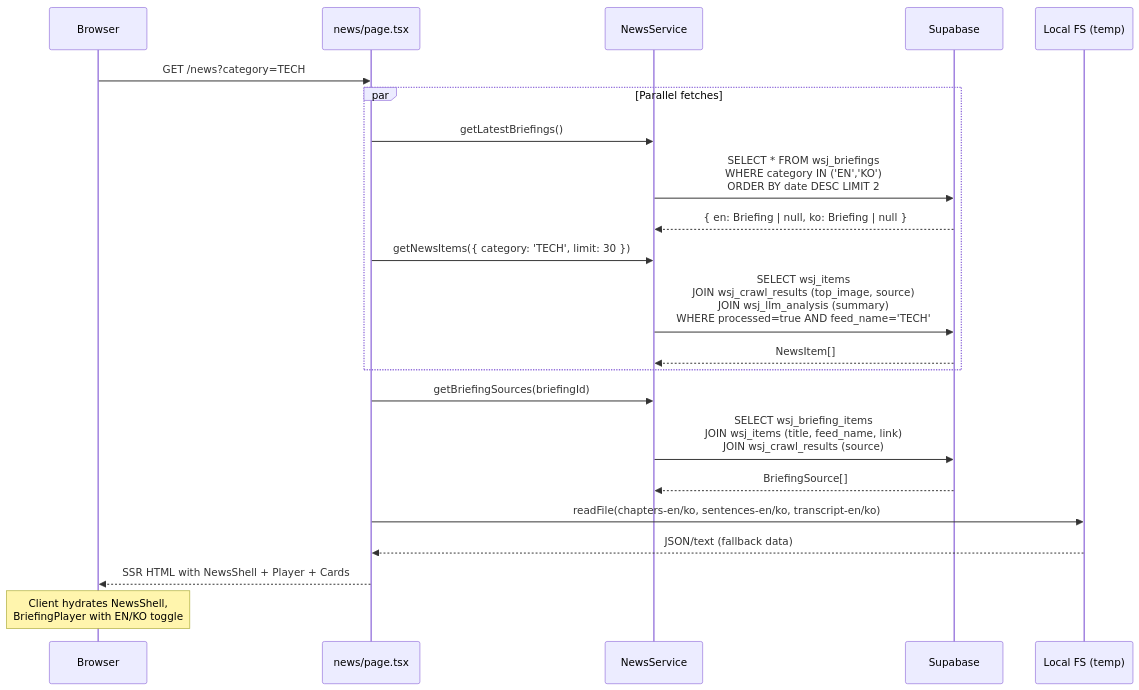
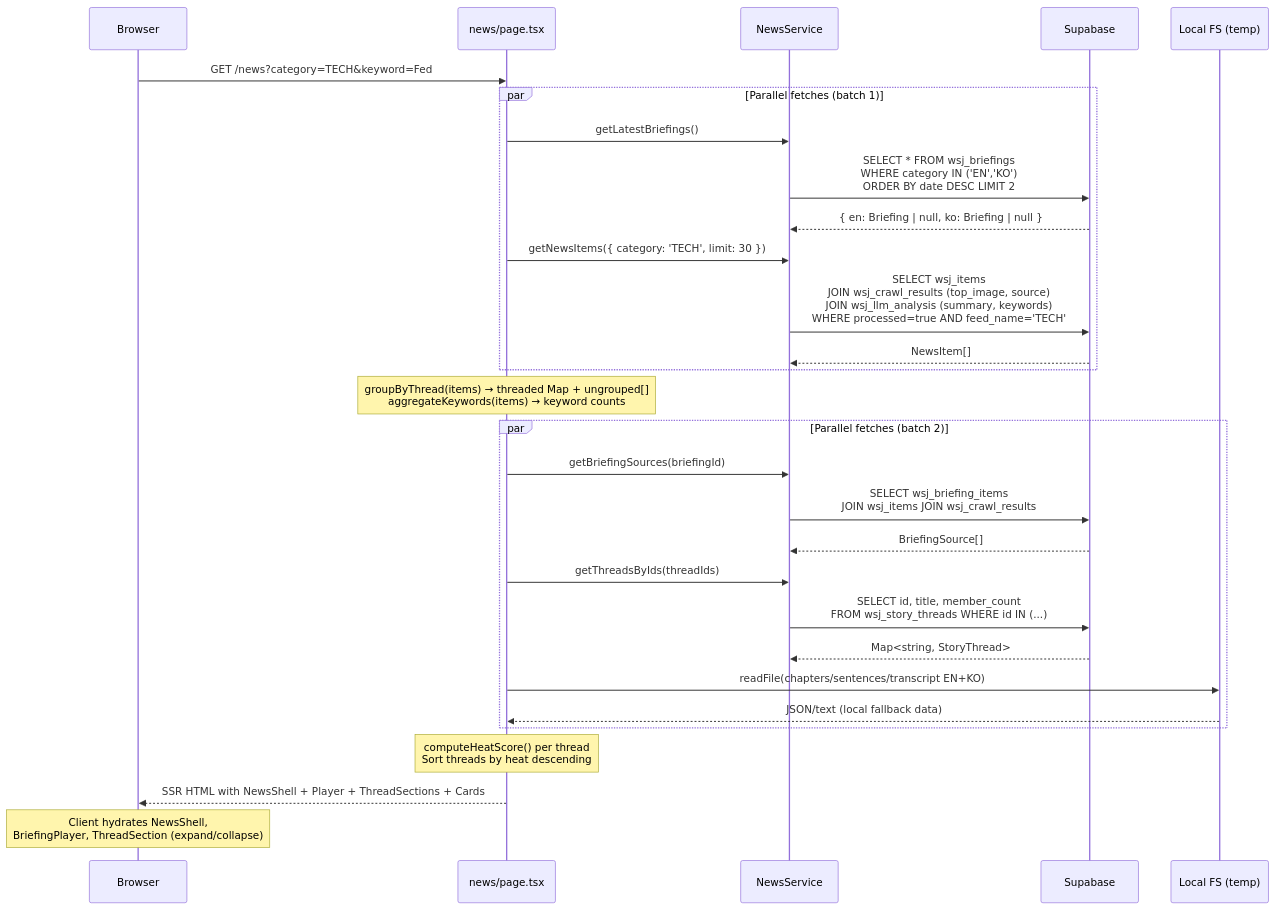
One commit to choym92/araverus changed the third of 6 diagrams in docs/4-news-frontend.md. Above: the diagram before and after it, drawn with Mermaid. The commit also changed other lines of this file and 16 other files, not shown here.

````diff
--- a/docs/4-news-frontend.md
+++ b/docs/4-news-frontend.md
@@ -110,30 +167,40 @@
 ```mermaid
 sequenceDiagram
     participant Browser
     participant Page as news/page.tsx
     participant Svc as NewsService
     participant DB as Supabase
     participant FS as Local FS (temp)
 
-    Browser->>Page: GET /news?category=TECH
+    Browser->>Page: GET /news?category=TECH&keyword=Fed
 
-    par Parallel fetches
+    par Parallel fetches (batch 1)
         Page->>Svc: getLatestBriefings()
         Svc->>DB: SELECT * FROM wsj_briefings<br/>WHERE category IN ('EN','KO')<br/>ORDER BY date DESC LIMIT 2
         DB-->>Svc: { en: Briefing | null, ko: Briefing | null }
 
         Page->>Svc: getNewsItems({ category: 'TECH', limit: 30 })
-        Svc->>DB: SELECT wsj_items<br/>JOIN wsj_crawl_results (top_image, source)<br/>JOIN wsj_llm_analysis (summary)<br/>WHERE processed=true AND feed_name='TECH'
+        Svc->>DB: SELECT wsj_items<br/>JOIN wsj_crawl_results (top_image, source)<br/>JOIN wsj_llm_analysis (summary, keywords)<br/>WHERE processed=true AND feed_name='TECH'
         DB-->>Svc: NewsItem[]
     end
 
-    Page->>Svc: getBriefingSources(briefingId)
-    Svc->>DB: SELECT wsj_briefing_items<br/>JOIN wsj_items (title, feed_name, link)<br/>JOIN wsj_crawl_results (source)
-    DB-->>Svc: BriefingSource[]
+    Note over Page: groupByThread(items) → threaded Map + ungrouped[]<br/>aggregateKeywords(items) → keyword counts
 
-    Page->>FS: readFile(chapters-en/ko, sentences-en/ko, transcript-en/ko)
-    FS-->>Page: JSON/text (fallback data)
+    par Parallel fetches (batch 2)
+        Page->>Svc: getBriefingSources(briefingId)
+        Svc->>DB: SELECT wsj_briefing_items<br/>JOIN wsj_items JOIN wsj_crawl_results
+        DB-->>Svc: BriefingSource[]
 
-    Page-->>Browser: SSR HTML with NewsShell + Player + Cards
-    Note over Browser: Client hydrates NewsShell,<br/>BriefingPlayer with EN/KO toggle
+        Page->>Svc: getThreadsByIds(threadIds)
+        Svc->>DB: SELECT id, title, member_count<br/>FROM wsj_story_threads WHERE id IN (...)
+        DB-->>Svc: Map<string, StoryThread>
+
+        Page->>FS: readFile(chapters/sentences/transcript EN+KO)
+        FS-->>Page: JSON/text (local fallback data)
+    end
+
+    Note over Page: computeHeatScore() per thread<br/>Sort threads by heat descending
+
+    Page-->>Browser: SSR HTML with NewsShell + Player + ThreadSections + Cards
+    Note over Browser: Client hydrates NewsShell,<br/>BriefingPlayer, ThreadSection (expand/collapse)
 ```
````
